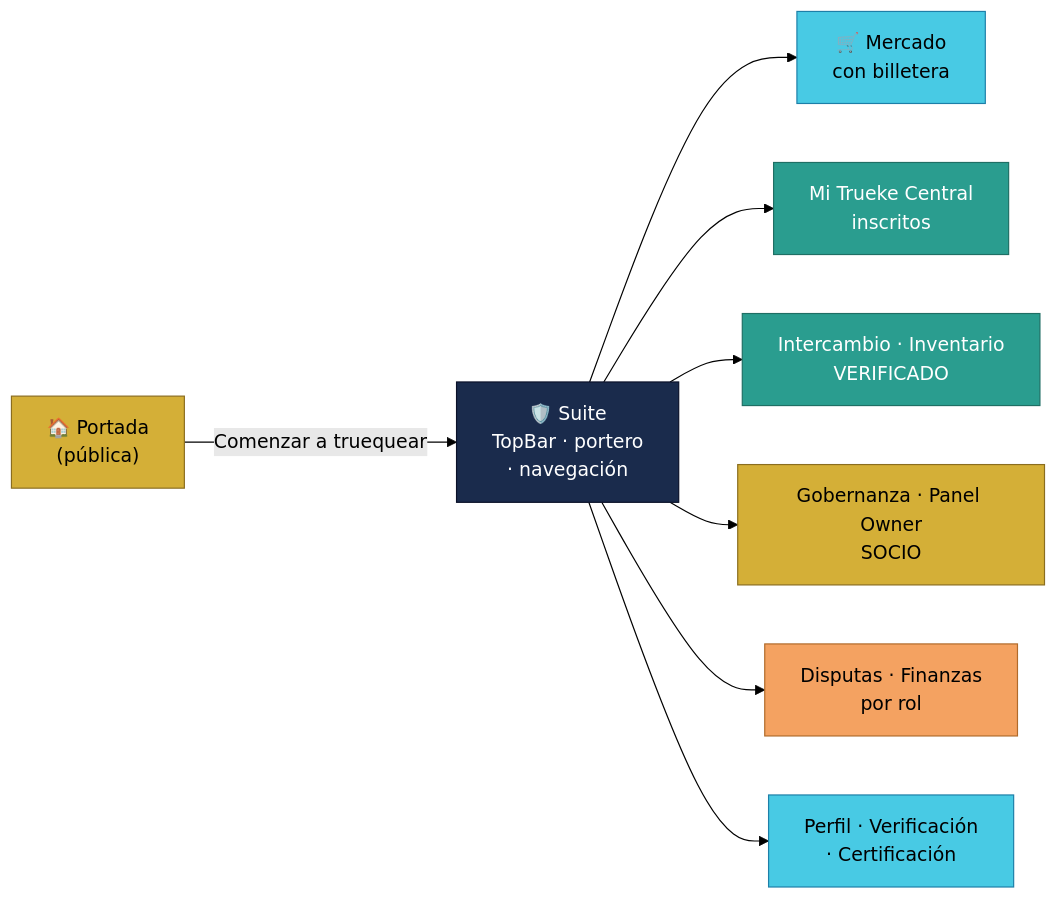
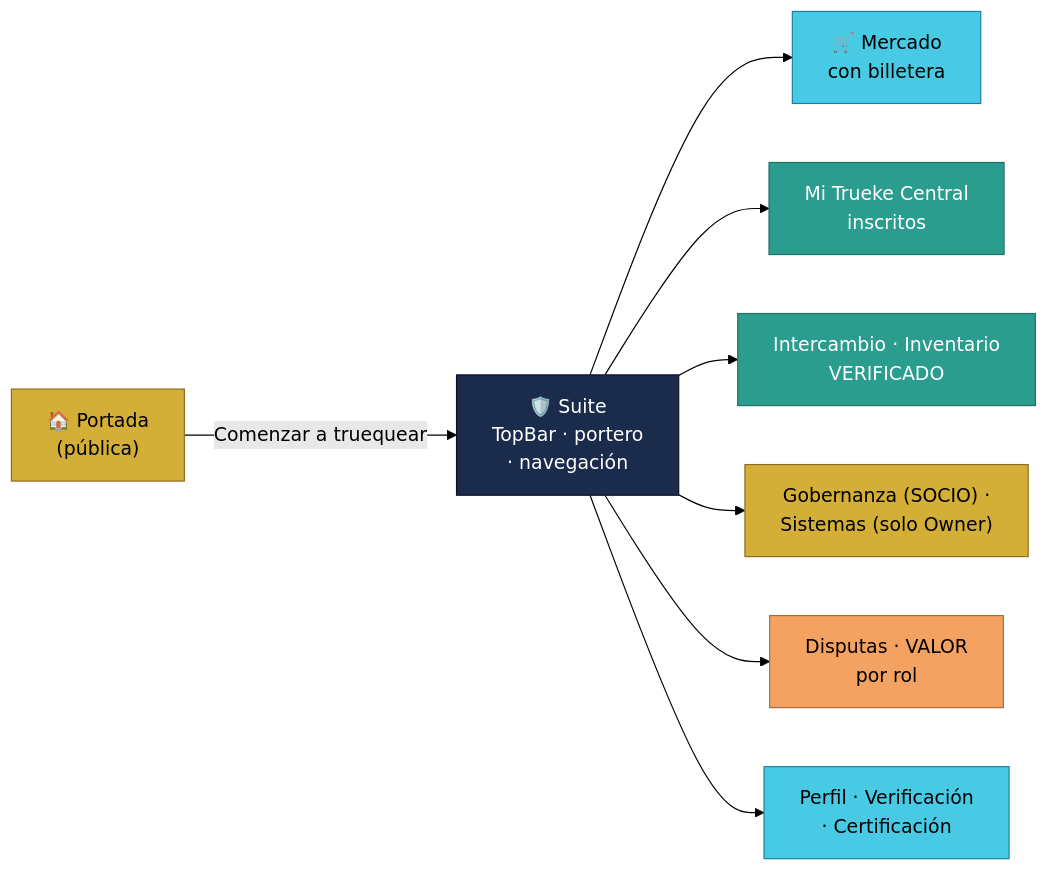
One commit to anlucorporations/escrow changed the first of 4 diagrams in docs/Manuales/03-Implementacion/07-frontend.md. Above: the diagram before and after it, drawn with Mermaid (forest theme). The commit also changed other lines of this file and 94 other files, not shown here.

Commit message:
docs(manuales): @manuales actualizado — disputas v2, VALOR, Sistemas solo Owner, notificaciones, D28, histórico, inventario flotante; 2 temas nuevos (10-disputas-v2, 11-seccion-valor) técnicos+literales, 4 infografías, 29 PDF regenerados y biblioteca /help/manual integrada

````diff
--- a/docs/Manuales/03-Implementacion/07-frontend.md
+++ b/docs/Manuales/03-Implementacion/07-frontend.md
@@ -68,18 +72,18 @@
 ```mermaid
 flowchart LR
     L["🏠 Portada<br/>(pública)"] -->|"Comenzar a truequear"| G["🛡️ Suite<br/>TopBar · portero<br/>· navegación"]
     G --> M["🛒 Mercado<br/>con billetera"]
     G --> D["Mi Trueke Central<br/>inscritos"]
     G --> I["Intercambio · Inventario<br/>VERIFICADO"]
-    G --> S["Gobernanza · Panel Owner<br/>SOCIO"]
-    G --> F["Disputas · Finanzas<br/>por rol"]
+    G --> S["Gobernanza (SOCIO) ·<br/>Sistemas (solo Owner)"]
+    G --> F["Disputas · VALOR<br/>por rol"]
     G --> P["Perfil · Verificación<br/>· Certificación"]
     style L fill:#d4af37,stroke:#8a6d1f
     style G fill:#1a2b4c,color:#fff,stroke:#0a1128
     style M fill:#48cae4,stroke:#1d7fa8
     style D fill:#2a9d8f,color:#fff,stroke:#1f6f64
     style I fill:#2a9d8f,color:#fff,stroke:#1f6f64
     style S fill:#d4af37,stroke:#8a6d1f
     style F fill:#f4a261,stroke:#b06a2a
     style P fill:#48cae4,stroke:#1d7fa8
 ```
````
